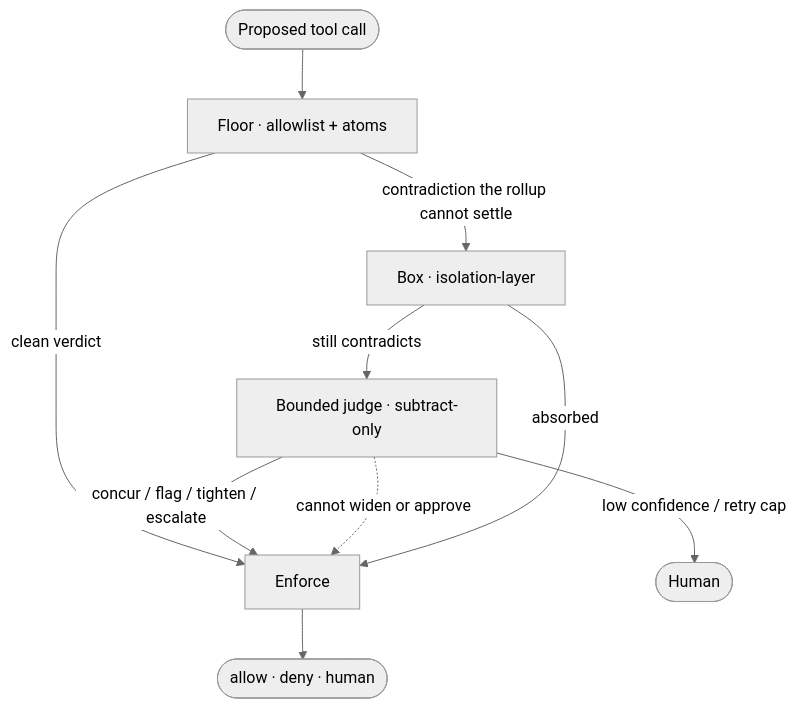
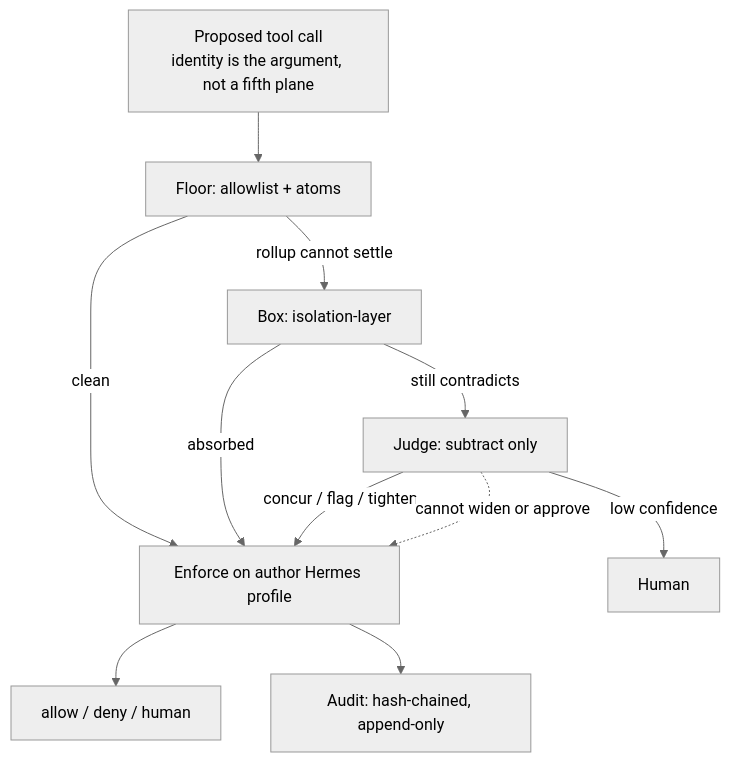
The diagram in README.md (Steck43/isolation-layer), drawn with Mermaid (neutral theme) before and after one commit.

Commit message:
Put the box between floor and judge on Figure 1, and keep mermaid as a sketch that still smashes.

````diff
--- a/README.md
+++ b/README.md
@@ -15,12 +15,13 @@
 ```mermaid
 flowchart TD
-  CALL([Proposed tool call]) --> FLOOR[Floor · allowlist + atoms]
-  FLOOR -->|clean verdict| ENFORCE[Enforce]
-  FLOOR -->|contradiction the rollup cannot settle| BOX[Box · isolation-layer]
-  BOX -->|still contradicts| JUDGE[Bounded judge · subtract-only]
-  JUDGE -->|concur / flag / tighten / escalate| ENFORCE
-  JUDGE -.->|cannot widen or approve| ENFORCE
-  BOX -->|absorbed| ENFORCE
-  ENFORCE --> OUT([allow · deny · human])
-  JUDGE -->|low confidence / retry cap| HUMAN([Human])
+  CALL["Proposed tool call<br/>identity is the argument, not a fifth plane"] --> FLOOR["Floor: allowlist + atoms"]
+  FLOOR -->|"clean"| ENFORCE["Enforce on author Hermes profile"]
+  FLOOR -->|"rollup cannot settle"| BOX["Box: isolation-layer"]
+  BOX -->|"still contradicts"| JUDGE["Judge: subtract only"]
+  BOX -->|"absorbed"| ENFORCE
+  JUDGE -->|"concur / flag / tighten"| ENFORCE
+  JUDGE -.->|"cannot widen or approve"| ENFORCE
+  JUDGE -->|"low confidence"| HUMAN["Human"]
+  ENFORCE --> OUT["allow / deny / human"]
+  ENFORCE --> AUDIT["Audit: hash-chained, append-only"]
 ```
````
